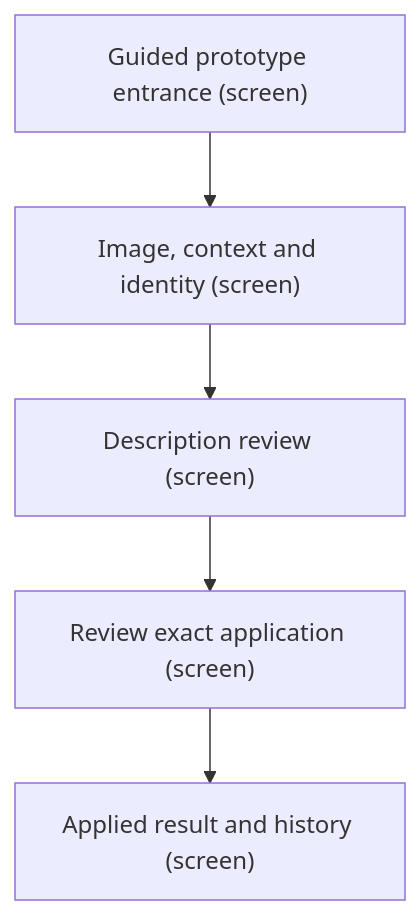
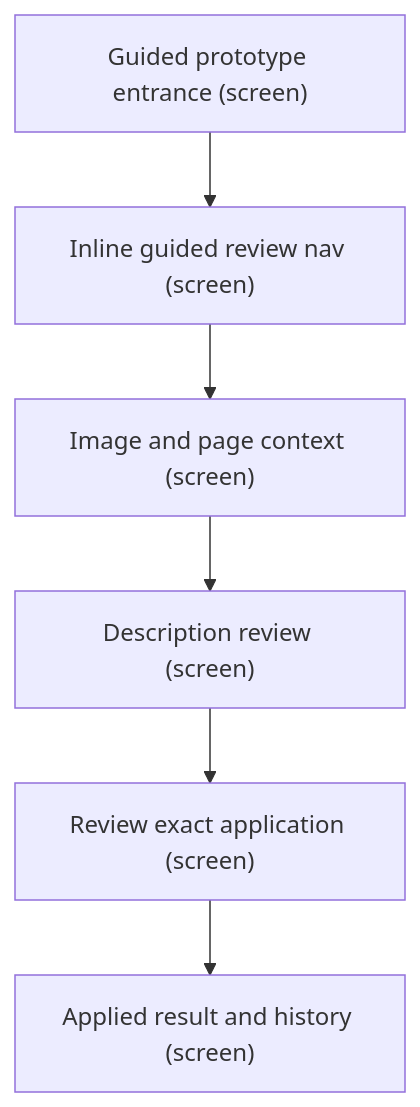
Before and after one commit to darce/context-alt-text-monorepo: the first of 6 diagrams in apps/prototype-wp-alt-context/docs/ux-maps/guided-prototype.md, drawn with Mermaid. The commit also changed other lines of this file and 12 other files, not shown here.

````diff
--- a/apps/prototype-wp-alt-context/docs/ux-maps/guided-prototype.md
+++ b/apps/prototype-wp-alt-context/docs/ux-maps/guided-prototype.md
@@ -191,13 +208,15 @@
 ```mermaid
 flowchart TD
   %% flow: Confirmed identity woven into description, reviewed and applied job=review
   n_intro["Guided prototype entrance (screen)"]
-  n_evidence["Image, context and identity (screen)"]
-  n_intro --> n_evidence
+  n_guide["Inline guided review nav (screen)"]
+  n_intro --> n_guide
+  n_evidence["Image and page context (screen)"]
+  n_guide --> n_evidence
   n_draft["Description review (screen)"]
   n_evidence --> n_draft
   n_apply["Review exact application (screen)"]
   n_draft --> n_apply
   n_result["Applied result and history (screen)"]
   n_apply --> n_result
 ```
````
